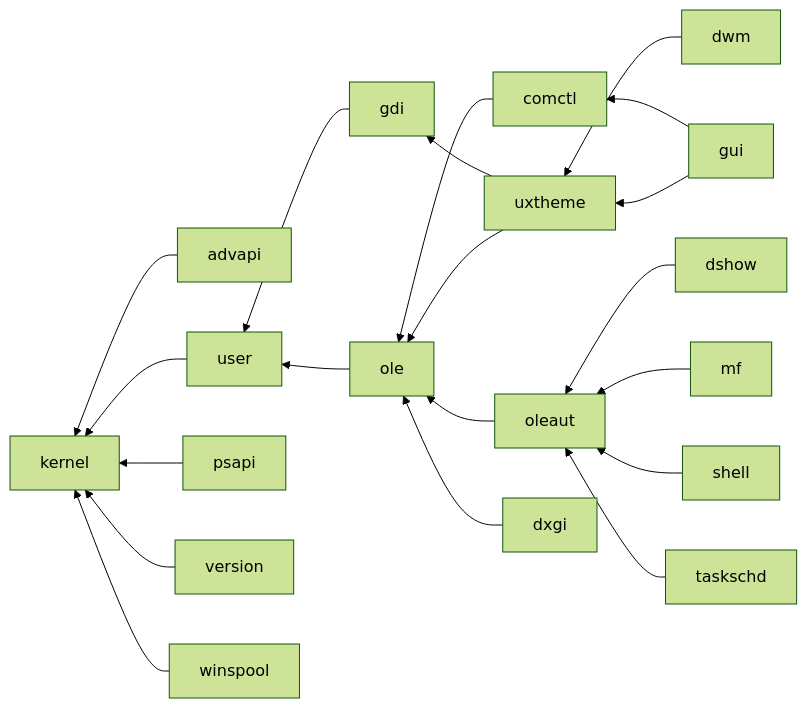
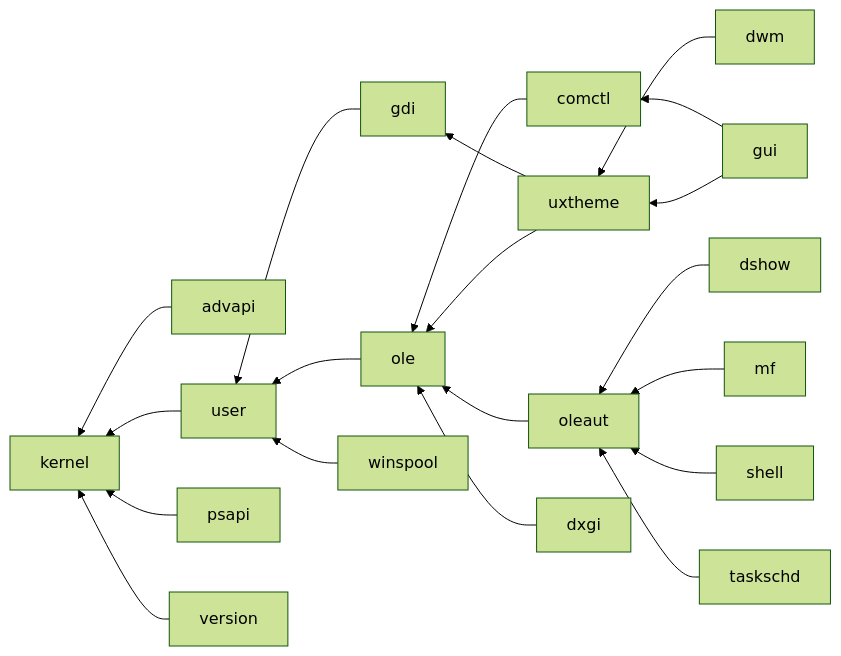
Before and after one commit to rodrigocfd/winsafe: the diagram in features-chart.md, drawn with Mermaid (forest theme). The commit also changed 10 other files, not shown here.

````diff
--- a/features-chart.md
+++ b/features-chart.md
@@ -5,22 +5,22 @@
 ```mermaid
 flowchart RL
     advapi --> kernel
     comctl --> ole
     dshow --> oleaut
     dwm --> uxtheme
     dxgi --> ole
     gdi --> user
     gui --> comctl
     gui --> uxtheme
     mf --> oleaut
     ole --> user
     oleaut --> ole
     psapi --> kernel
     shell --> oleaut
     taskschd --> oleaut
     user --> kernel
     uxtheme --> gdi
     uxtheme --> ole
     version --> kernel
-    winspool --> kernel
+    winspool --> user
 ```
````
